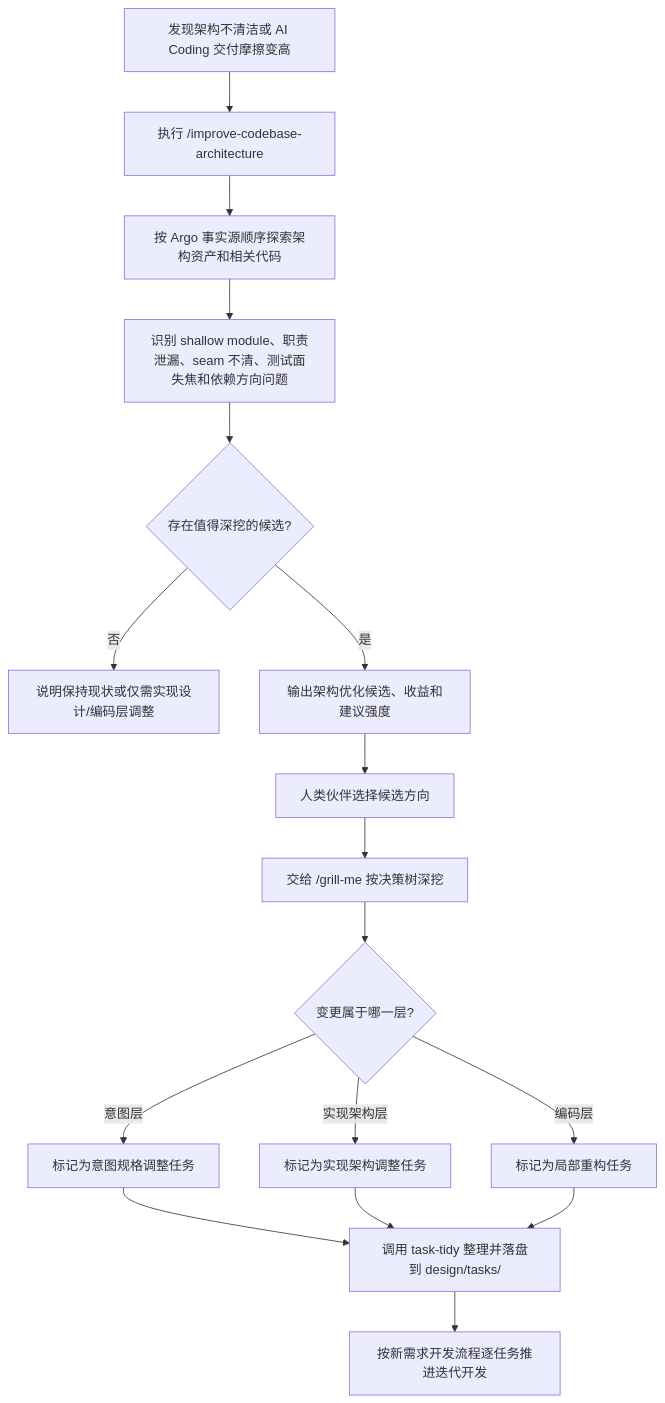
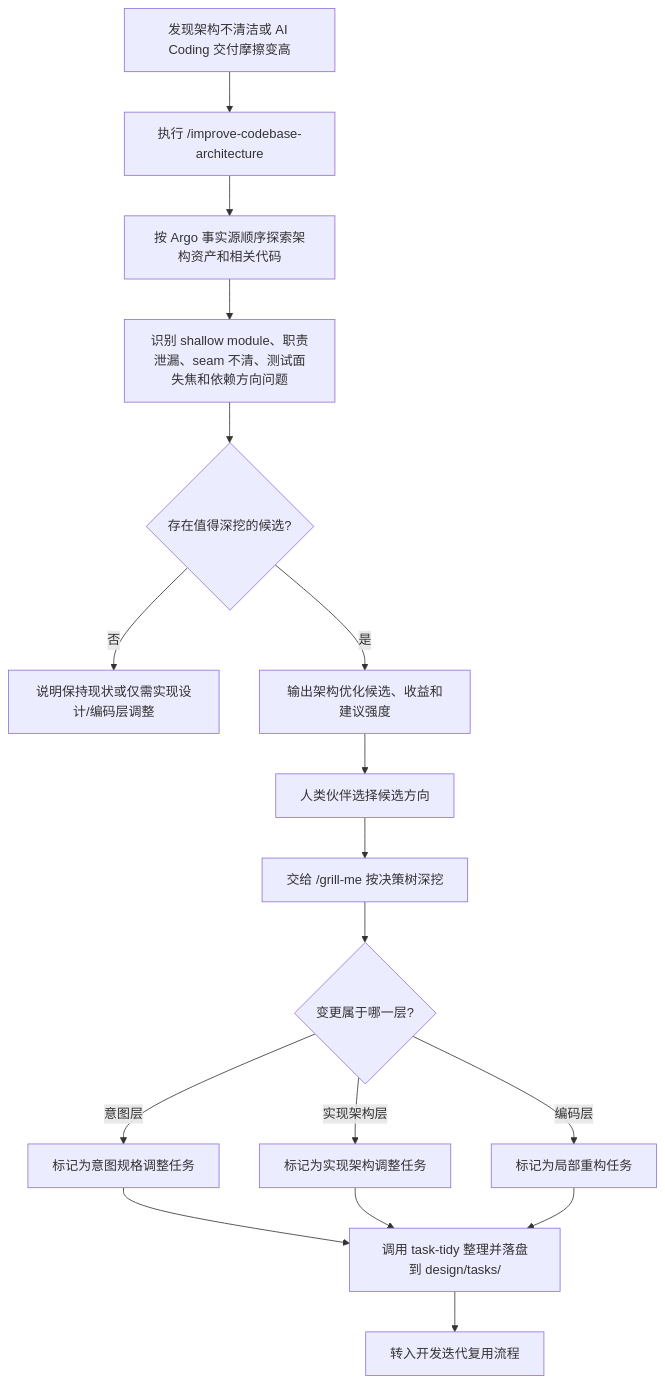
Before and after one commit to derekhu0002/Argo: the fourth of 5 diagrams in README.md, drawn with Mermaid. The commit also changed other lines of this file, not shown here.

````diff
--- a/README.md
+++ b/README.md
@@ -126,19 +128,19 @@
 ```mermaid
 flowchart TD
     A[发现架构不清洁或 AI Coding 交付摩擦变高] --> B[执行 /improve-codebase-architecture]
     B --> C[按 Argo 事实源顺序探索架构资产和相关代码]
     C --> D[识别 shallow module、职责泄漏、seam 不清、测试面失焦和依赖方向问题]
     D --> E{存在值得深挖的候选?}
     E -- 否 --> F[说明保持现状或仅需实现设计/编码层调整]
     E -- 是 --> G[输出架构优化候选、收益和建议强度]
     G --> H[人类伙伴选择候选方向]
     H --> I[交给 /grill-me 按决策树深挖]
     I --> J{变更属于哪一层?}
     J -- 意图层 --> K[标记为意图规格调整任务]
     J -- 实现架构层 --> L[标记为实现架构调整任务]
     J -- 编码层 --> M[标记为局部重构任务]
     K --> N[调用 task-tidy 整理并落盘到 design/tasks/]
     L --> N
     M --> N
-    N --> O[按新需求开发流程逐任务推进迭代开发]
+    N --> O[转入开发迭代复用流程]
 ```
````
